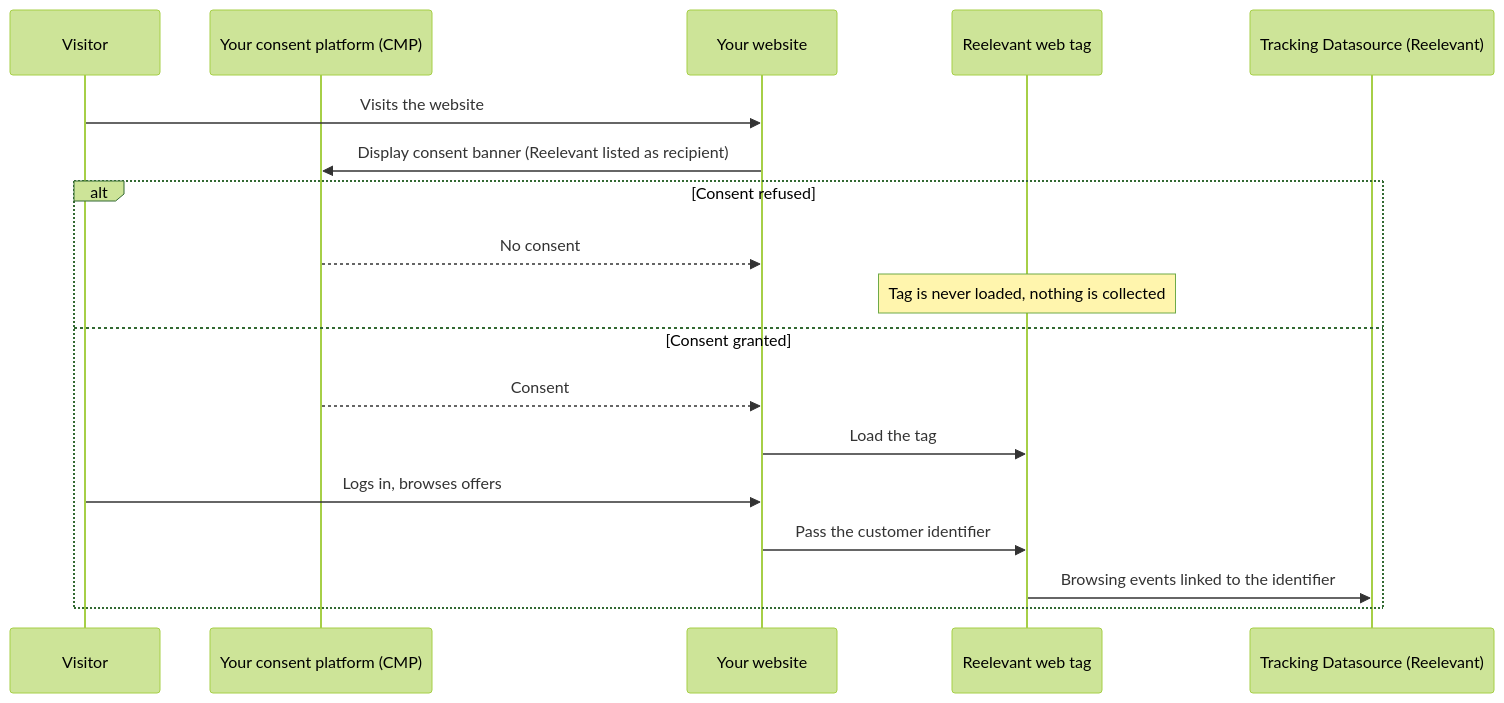
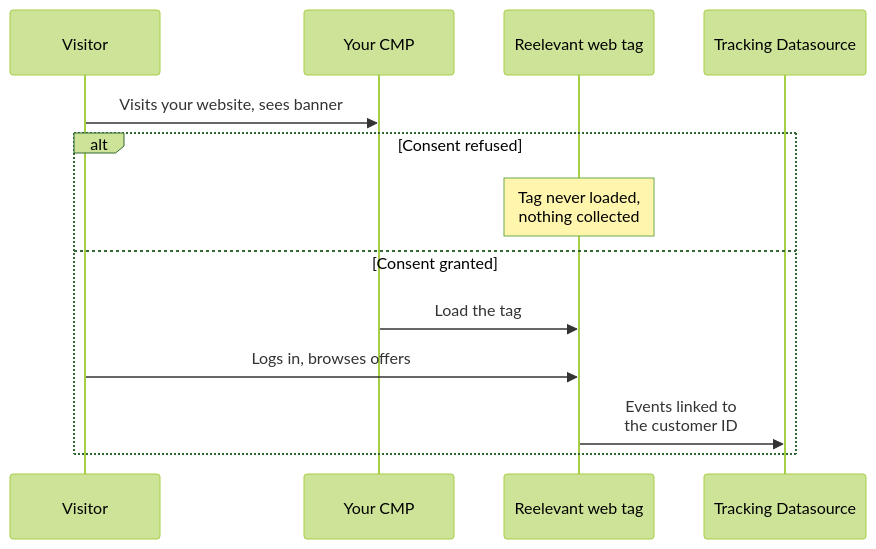
The fourth of 4 diagrams in why-reelevant/data-protection/overview.mdx (reelevant-tech/product-documentation), drawn with Mermaid (forest theme) before and after one commit. The commit also changed other lines of this file and 3 other files, not shown here.

Commit message:
docs(why-reelevant): make DPO diagrams vertical and shorten labels for readability

````diff
--- a/why-reelevant/data-protection/overview.mdx
+++ b/why-reelevant/data-protection/overview.mdx
@@ -158,21 +159,16 @@
 ```mermaid
 sequenceDiagram
     participant V as Visitor
-    participant CMP as Your consent platform (CMP)
-    participant SITE as Your website
+    participant CMP as Your CMP
     participant TAG as Reelevant web tag
-    participant DS as Tracking Datasource (Reelevant)
+    participant DS as Tracking Datasource
 
-    V->>SITE: Visits the website
-    SITE->>CMP: Display consent banner (Reelevant listed as recipient)
+    V->>CMP: Visits your website, sees banner
     alt Consent refused
-        CMP-->>SITE: No consent
-        Note over TAG: Tag is never loaded, nothing is collected
+        Note over TAG: Tag never loaded,<br/>nothing collected
     else Consent granted
-        CMP-->>SITE: Consent
-        SITE->>TAG: Load the tag
-        V->>SITE: Logs in, browses offers
-        SITE->>TAG: Pass the customer identifier
-        TAG->>DS: Browsing events linked to the identifier
+        CMP->>TAG: Load the tag
+        V->>TAG: Logs in, browses offers
+        TAG->>DS: Events linked to<br/>the customer ID
     end
 ```
````
